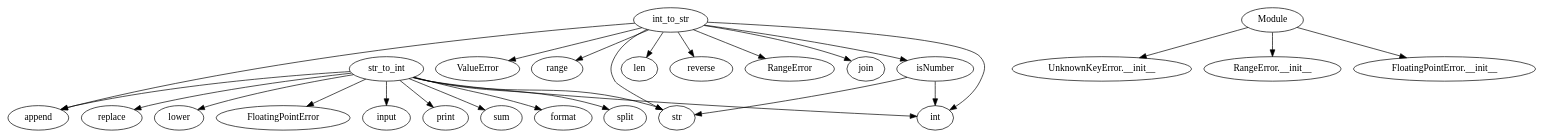
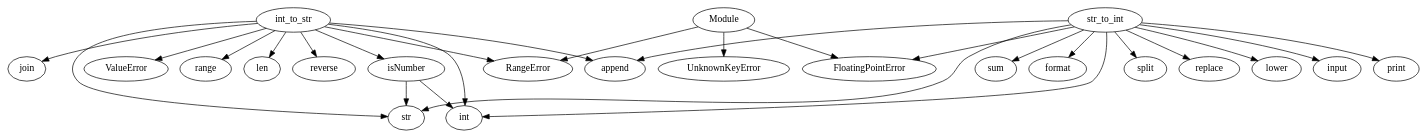
The diagram in CallGraph_dots/SpelledNumToInt.dot (JordanCoyne97/Final_Year_Project), drawn with Graphviz before and after one commit. The commit also changed 79 other files, not shown here.

```diff
--- a/CallGraph_dots/SpelledNumToInt.dot
+++ b/CallGraph_dots/SpelledNumToInt.dot
@@ -1,52 +1,50 @@
 strict digraph  {
 isNumber;
 str;
 int;
 str_to_int;
 split;
 replace;
 append;
 lower;
 FloatingPointError;
 input;
 print;
 sum;
 format;
 int_to_str;
 ValueError;
 range;
 len;
 reverse;
 RangeError;
 join;
 Module;
-"UnknownKeyError.__init__";
-"RangeError.__init__";
-"FloatingPointError.__init__";
+UnknownKeyError;
 isNumber -> str;
 isNumber -> int;
 str_to_int -> split;
 str_to_int -> replace;
 str_to_int -> append;
 str_to_int -> lower;
 str_to_int -> FloatingPointError;
 str_to_int -> input;
 str_to_int -> print;
 str_to_int -> str;
 str_to_int -> int;
 str_to_int -> sum;
 str_to_int -> format;
 int_to_str -> isNumber;
 int_to_str -> str;
 int_to_str -> ValueError;
 int_to_str -> range;
 int_to_str -> len;
 int_to_str -> append;
 int_to_str -> reverse;
 int_to_str -> int;
 int_to_str -> RangeError;
 int_to_str -> join;
-Module -> "UnknownKeyError.__init__";
-Module -> "RangeError.__init__";
-Module -> "FloatingPointError.__init__";
+Module -> UnknownKeyError;
+Module -> RangeError;
+Module -> FloatingPointError;
 }
```
